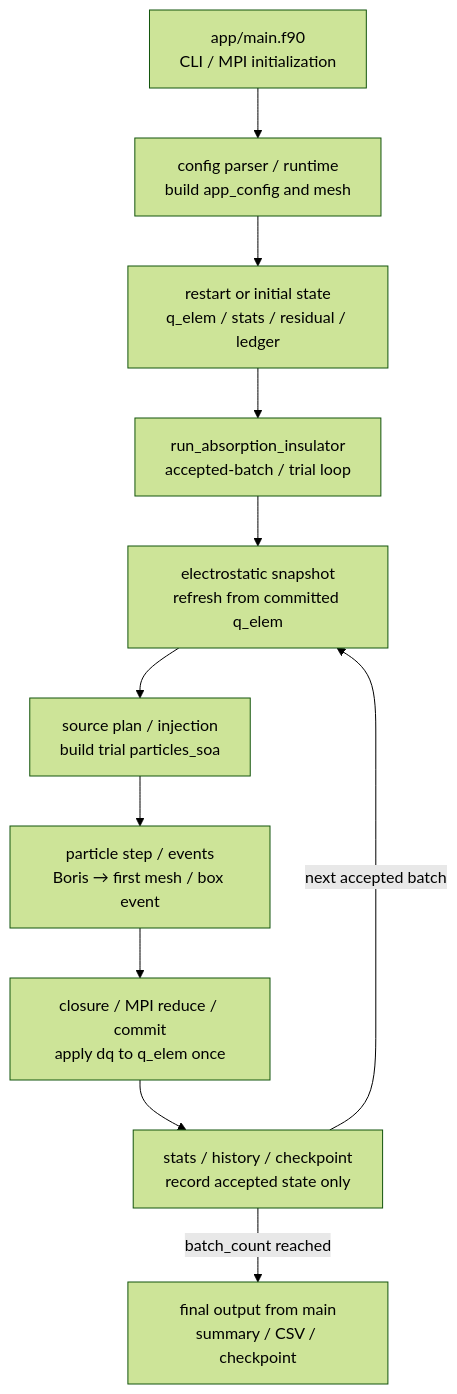
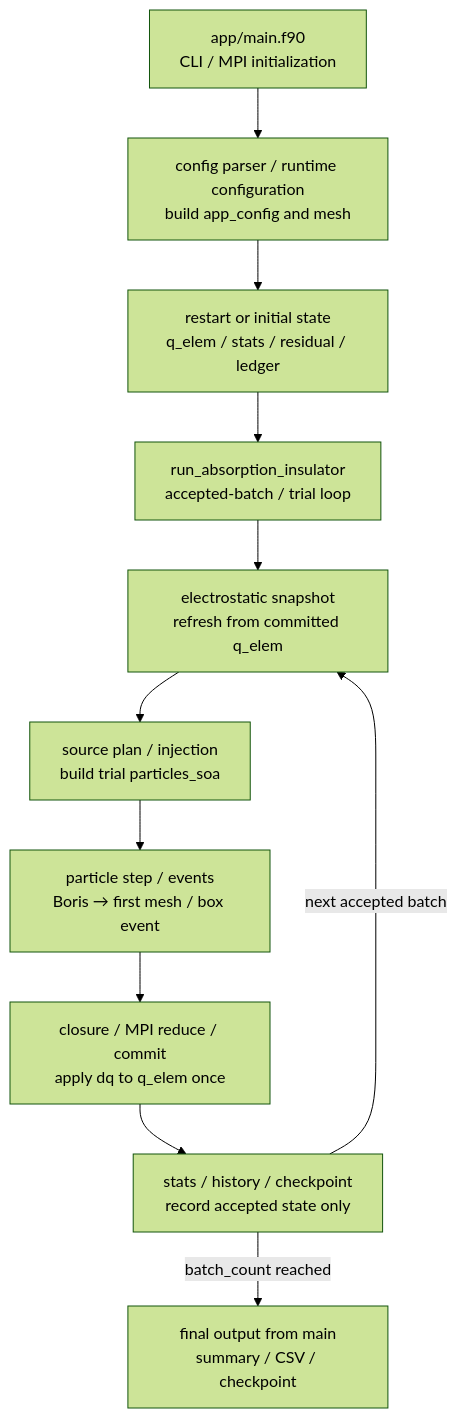
Before and after one commit to Nkzono99/BEACH: the first of 3 diagrams in docs/Architecture.en.md, drawn with Mermaid (forest theme). The commit also changed other lines of this file and 71 other files, not shown here.

````diff
--- a/docs/Architecture.en.md
+++ b/docs/Architecture.en.md
@@ -30,18 +30,18 @@
 ```mermaid
 flowchart TD
     cli["app/main.f90\nCLI / MPI initialization"]
-    config["config parser / runtime\nbuild app_config and mesh"]
+    config["config parser / runtime configuration\nbuild app_config and mesh"]
     restart["restart or initial state\nq_elem / stats / residual / ledger"]
     loop["run_absorption_insulator\naccepted-batch / trial loop"]
     field["electrostatic snapshot\nrefresh from committed q_elem"]
     inject["source plan / injection\nbuild trial particles_soa"]
     step["particle step / events\nBoris → first mesh / box event"]
     commit["closure / MPI reduce / commit\napply dq to q_elem once"]
     record["stats / history / checkpoint\nrecord accepted state only"]
     final["final output from main\nsummary / CSV / checkpoint"]
 
     cli --> config --> restart --> loop
     loop --> field --> inject --> step --> commit --> record
     record -->|next accepted batch| field
     record -->|batch_count reached| final
 ```
````
